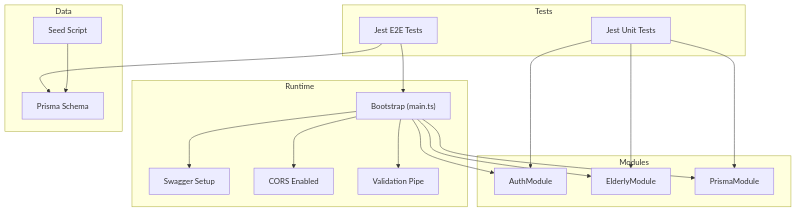
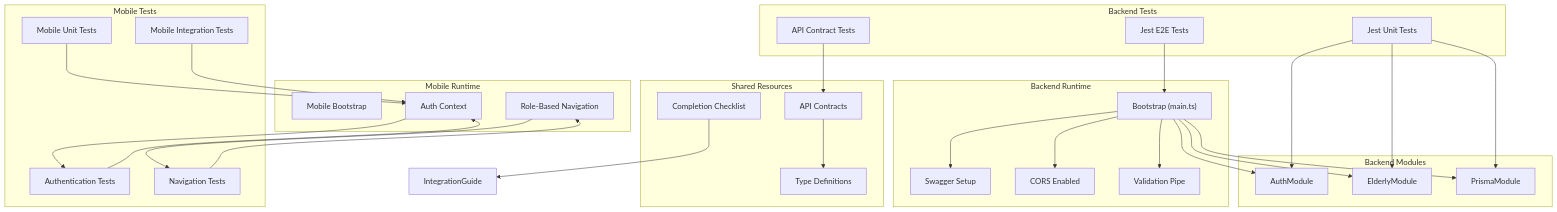
Before and after one commit to jairosouza67/99-Pai: the second of 14 diagrams in .qoder/repowiki/en/content/Testing & Deployment.md, drawn with Mermaid. The commit also changed other lines of this file and 17 other files, not shown here.

````diff
--- a/.qoder/repowiki/en/content/Testing & Deployment.md
+++ b/.qoder/repowiki/en/content/Testing & Deployment.md
@@ -111,34 +155,54 @@
 ```mermaid
 graph TB
-subgraph "Runtime"
+subgraph "Backend Runtime"
 Bootstrap["Bootstrap (main.ts)"]
 Swagger["Swagger Setup"]
 CORS["CORS Enabled"]
 Pipe["Validation Pipe"]
 end
-subgraph "Modules"
+subgraph "Backend Modules"
 Auth["AuthModule"]
 Elderly["ElderlyModule"]
 Prisma["PrismaModule"]
 end
-subgraph "Tests"
+subgraph "Backend Tests"
 Unit["Jest Unit Tests"]
 E2E["Jest E2E Tests"]
+APIValidation["API Contract Tests"]
 end
-subgraph "Data"
-Schema["Prisma Schema"]
-Seed["Seed Script"]
+subgraph "Mobile Runtime"
+MobileBootstrap["Mobile Bootstrap"]
+AuthProvider["Auth Context"]
+Navigation["Role-Based Navigation"]
+end
+subgraph "Mobile Tests"
+MobileUnit["Mobile Unit Tests"]
+MobileIntegration["Mobile Integration Tests"]
+AuthTests["Authentication Tests"]
+NavigationTests["Navigation Tests"]
+end
+subgraph "Shared Resources"
+APIContracts["API Contracts"]
+TypeDefs["Type Definitions"]
+Checklist["Completion Checklist"]
 end
 Bootstrap --> Swagger
 Bootstrap --> CORS
 Bootstrap --> Pipe
 Bootstrap --> Auth
 Bootstrap --> Elderly
 Bootstrap --> Prisma
 Unit --> Auth
 Unit --> Elderly
 Unit --> Prisma
 E2E --> Bootstrap
-E2E --> Schema
-Seed --> Schema
+APIValidation --> APIContracts
+AuthProvider --> AuthTests
+Navigation --> NavigationTests
+MobileUnit --> AuthProvider
+MobileIntegration --> AuthProvider
+AuthTests --> AuthProvider
+NavigationTests --> Navigation
+APIContracts --> TypeDefs
+Checklist --> IntegrationGuide
 ```
````
